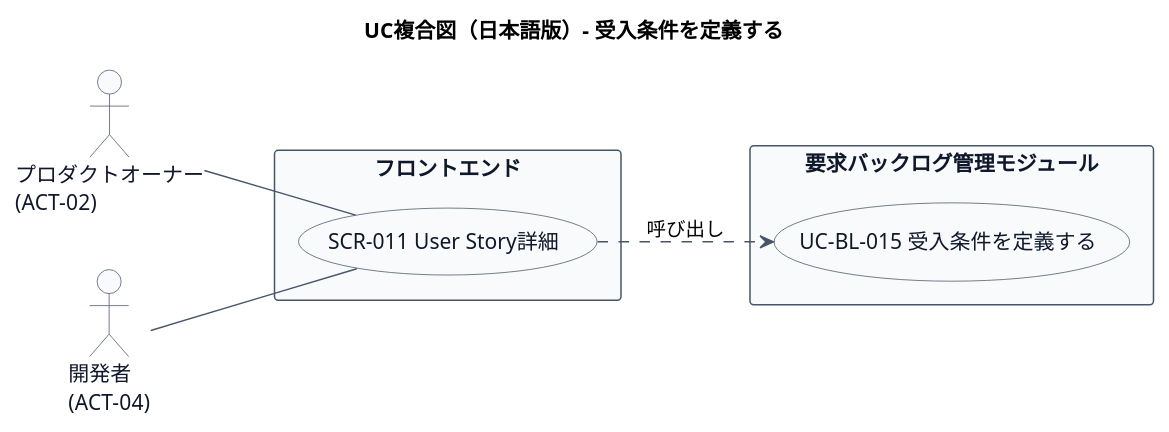
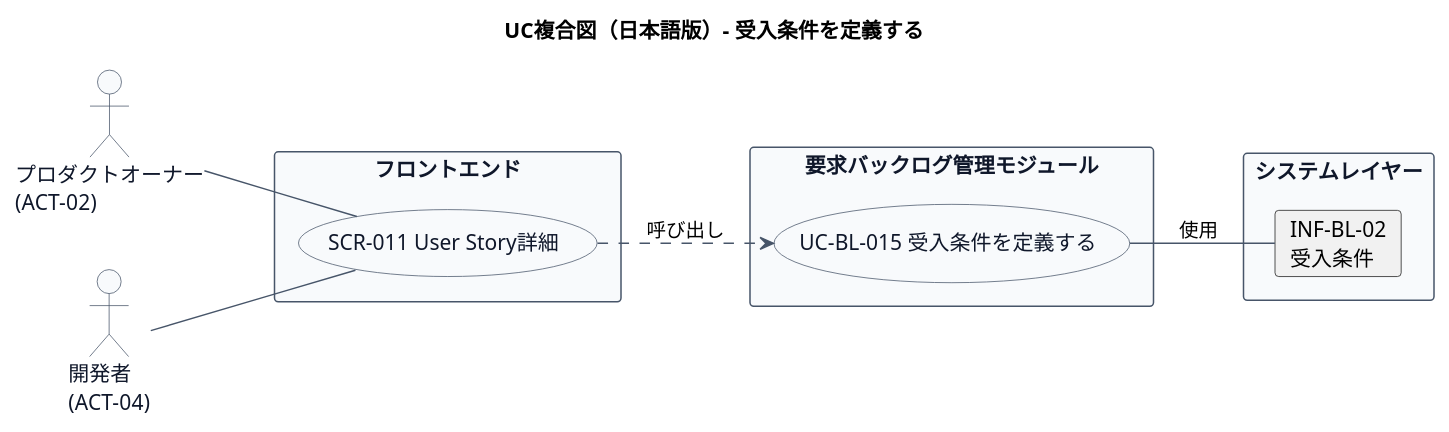
One commit to mizo432/modulith-learning changed the second of 2 diagrams in docs/22 要件定義書/AG アジルーム/03 機能要件/AG-02 要求バックログ管理/03.システム境界/UC-BL-015 受入条件を定義する/UC複合図.md. Above: the diagram before and after it, drawn with PlantUML. The commit also changed other lines of this file and 209 other files, not shown here.

````diff
--- a/docs/22 要件定義書/AG アジルーム/03 機能要件/AG-02 要求バックログ管理/03.システム境界/UC-BL-015 受入条件を定義する/UC複合図.md
+++ b/docs/22 要件定義書/AG アジルーム/03 機能要件/AG-02 要求バックログ管理/03.システム境界/UC-BL-015 受入条件を定義する/UC複合図.md
@@ -52,38 +57,43 @@
 ```plantuml
 title UC複合図（日本語版）- 受入条件を定義する
 left to right direction
 
 skinparam usecase {
   BackgroundColor #F8FAFC
   BorderColor #475569
   FontColor #0F172A
 }
 skinparam actor {
   BackgroundColor #F8FAFC
   BorderColor #475569
   FontColor #0F172A
 }
 skinparam rectangle {
   BackgroundColor #F8FAFC
   BorderColor #475569
   FontColor #0F172A
 }
 skinparam arrowColor #475569
 skinparam shadowing false
 
 actor "プロダクトオーナー\n(ACT-02)" as ACT1
 actor "開発者\n(ACT-04)" as ACT2
 
 rectangle "フロントエンド" {
   usecase "SCR-011 User Story詳細" as SCR
 }
 
 rectangle "要求バックログ管理モジュール" {
   usecase "UC-BL-015 受入条件を定義する" as UC
 }
 
+rectangle "システムレイヤー" {
+  card "INF-BL-02\n受入条件" as INF02
+}
+
 ACT1 -- SCR
 ACT2 -- SCR
 SCR ..> UC : 呼び出し
+UC -- INF02 : 使用
 @enduml
 ```
````
